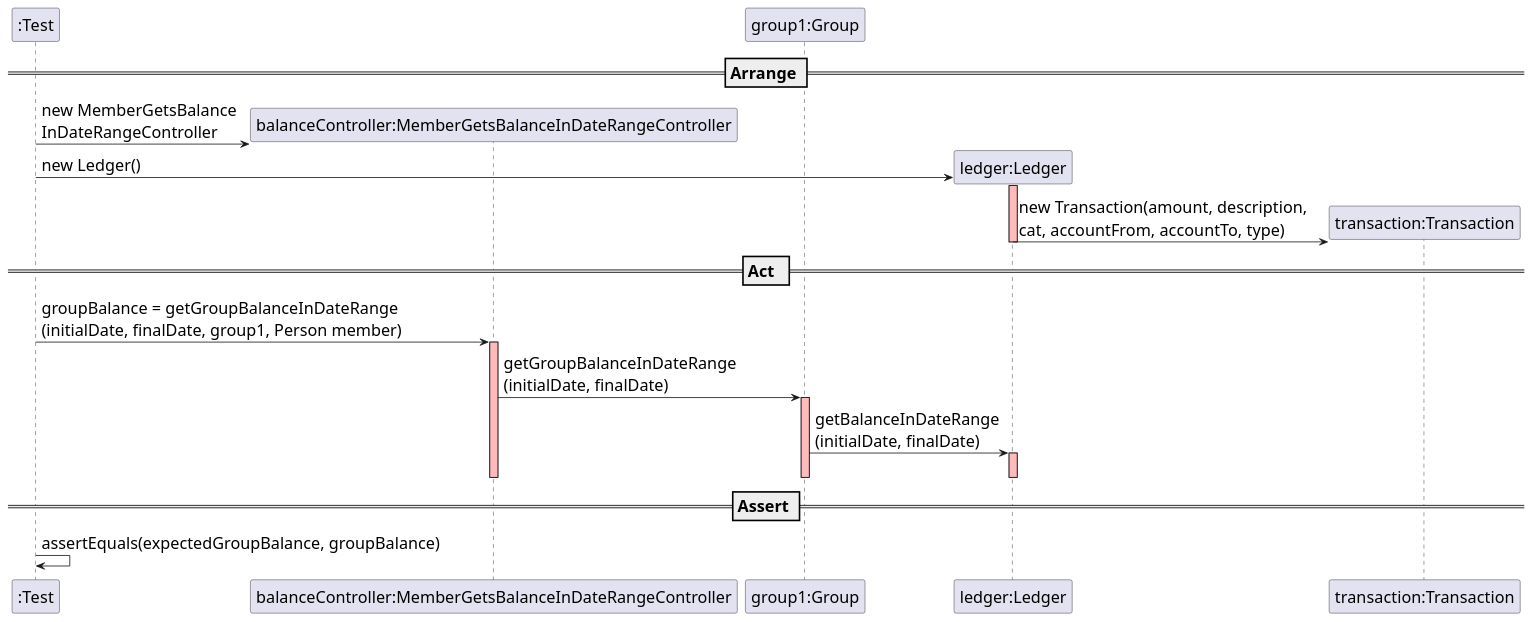
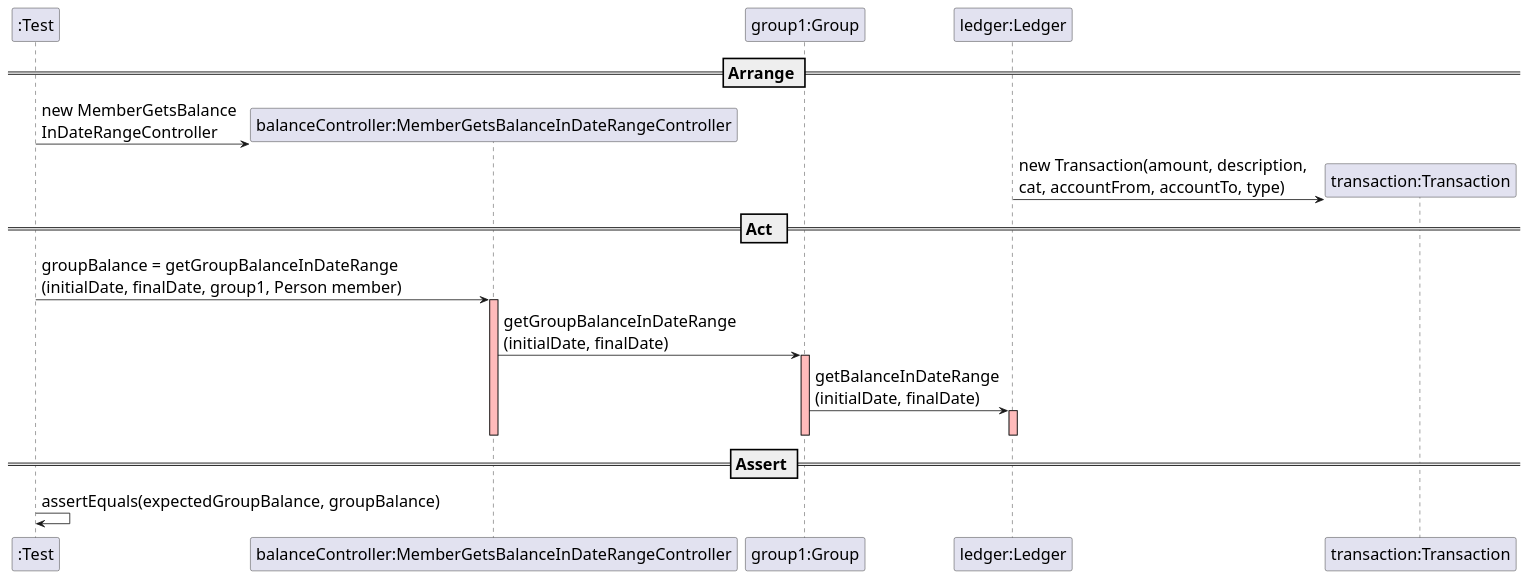
The diagram in docs/SequenceDiagram - US018.puml (mleitaoribeiro/DevOpsMaven), drawn with PlantUML before and after one commit. The commit also changed 1 other file, not shown here.

```diff
--- a/docs/SequenceDiagram - US018.puml
+++ b/docs/SequenceDiagram - US018.puml
@@ -1,41 +1,39 @@
 @startuml
 
 skinparam DefaultFontSize 20
 
 create ":Test"
 
 == Arrange ==
 
 create "balanceController:MemberGetsBalanceInDateRangeController"
 ":Test" -> "balanceController:MemberGetsBalanceInDateRangeController" : new MemberGetsBalance\nInDateRangeController
 
 participant "group1:Group"
 
-create "ledger:Ledger"
-":Test" -> "ledger:Ledger" : new Ledger()
-activate "ledger:Ledger" #FFBBBB
+participant "ledger:Ledger"
 
 create "transaction:Transaction"
 "ledger:Ledger" -> "transaction:Transaction" : new Transaction(amount, description, \ncat, accountFrom, accountTo, type)
 deactivate "ledger:Ledger" #FFBBBB
 
 == Act  ==
 
 ":Test" -> "balanceController:MemberGetsBalanceInDateRangeController" : groupBalance = getGroupBalanceInDateRange\n(initialDate, finalDate, group1, Person member)
 activate "balanceController:MemberGetsBalanceInDateRangeController" #FFBBBB
 
 "balanceController:MemberGetsBalanceInDateRangeController" -> "group1:Group": getGroupBalanceInDateRange\n(initialDate, finalDate)
 activate "group1:Group" #FFBBBB
 
 "group1:Group" -> "ledger:Ledger": getBalanceInDateRange\n(initialDate, finalDate)
 activate "ledger:Ledger" #FFBBBB
 
 deactivate "ledger:Ledger"
 deactivate "group1:Group"
 deactivate "balanceController:MemberGetsBalanceInDateRangeController"
 
 == Assert ==
 
 ":Test" -> ":Test" : assertEquals(expectedGroupBalance, groupBalance)
 
 @enduml
```
